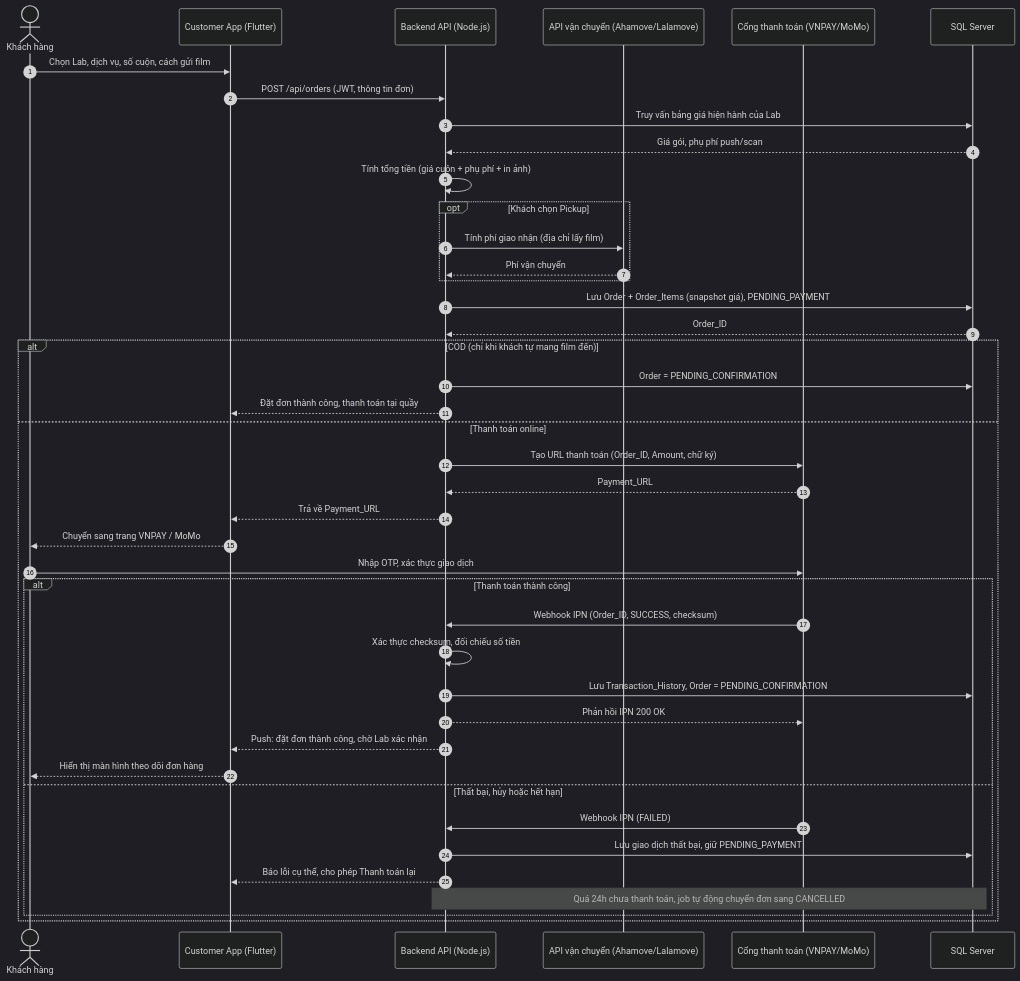
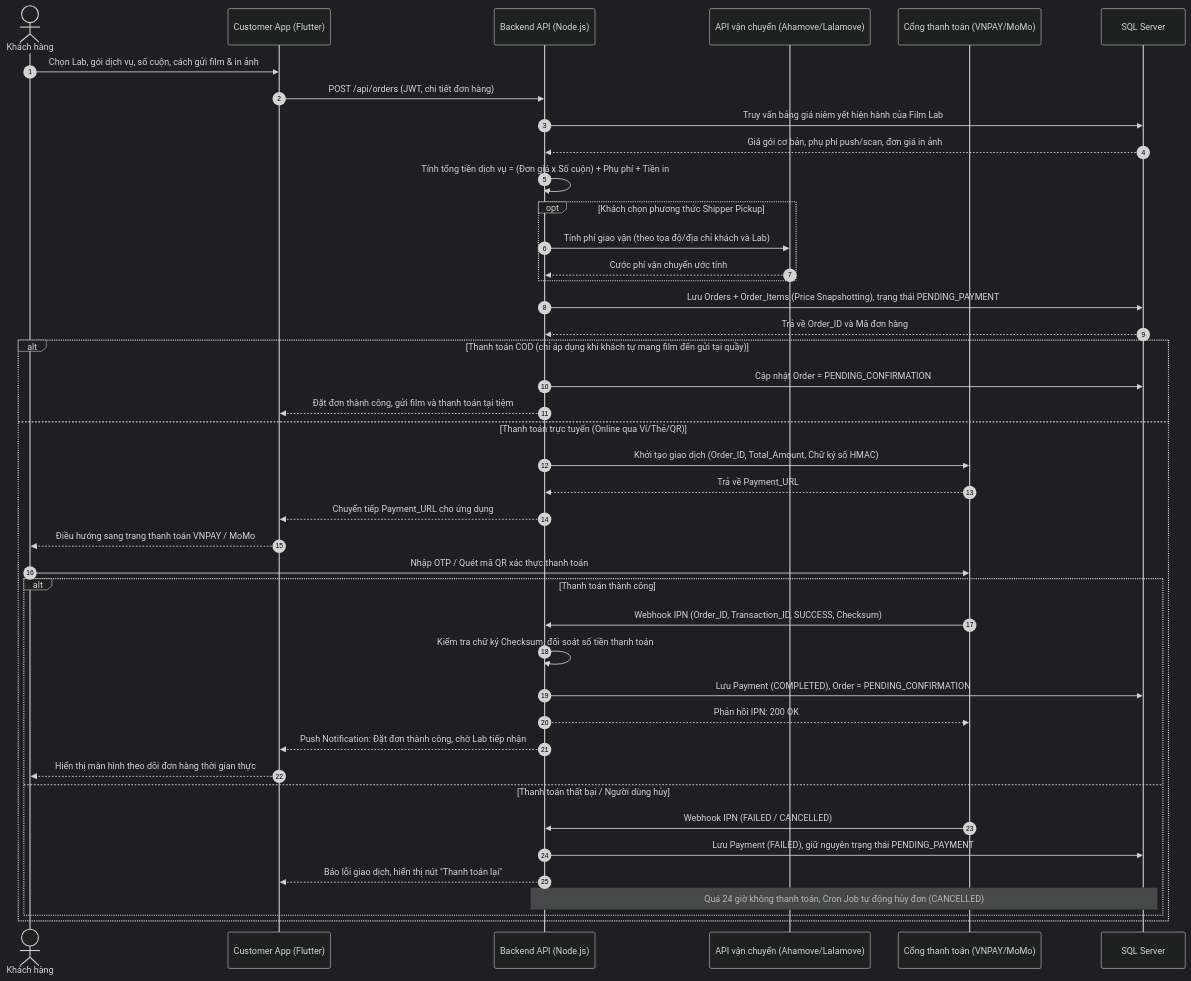
One commit to huylamnhat/Photographer-enthusiastic-environment changed the third of 5 diagrams in doc/week 2/week2-state-sequence.md. Above: the diagram before and after it, drawn with Mermaid (dark theme). The commit also changed other lines of this file and 3 other files, not shown here.

````diff
--- a/doc/week 2/week2-state-sequence.md
+++ b/doc/week 2/week2-state-sequence.md
@@ -95,45 +125,45 @@
 ```mermaid
 sequenceDiagram
     autonumber
     actor KH as Khách hàng
     participant APP as Customer App (Flutter)
     participant BE as Backend API (Node.js)
     participant SH as API vận chuyển (Ahamove/Lalamove)
     participant PG as Cổng thanh toán (VNPAY/MoMo)
     participant DB as SQL Server
 
-    KH->>APP: Chọn Lab, dịch vụ, số cuộn, cách gửi film
-    APP->>BE: POST /api/orders (JWT, thông tin đơn)
-    BE->>DB: Truy vấn bảng giá hiện hành của Lab
-    DB-->>BE: Giá gói, phụ phí push/scan
-    BE->>BE: Tính tổng tiền (giá cuộn + phụ phí + in ảnh)
-    opt Khách chọn Pickup
-        BE->>SH: Tính phí giao nhận (địa chỉ lấy film)
-        SH-->>BE: Phí vận chuyển
+    KH->>APP: Chọn Lab, gói dịch vụ, số cuộn, cách gửi film & in ảnh
+    APP->>BE: POST /api/orders (JWT, chi tiết đơn hàng)
+    BE->>DB: Truy vấn bảng giá niêm yết hiện hành của Film Lab
+    DB-->>BE: Giá gói cơ bản, phụ phí push/scan, đơn giá in ảnh
+    BE->>BE: Tính tổng tiền dịch vụ = (Đơn giá x Số cuộn) + Phụ phí + Tiền in
+    opt Khách chọn phương thức Shipper Pickup
+        BE->>SH: Tính phí giao vận (theo tọa độ/địa chỉ khách và Lab)
+        SH-->>BE: Cước phí vận chuyển ước tính
     end
-    BE->>DB: Lưu Order + Order_Items (snapshot giá), PENDING_PAYMENT
-    DB-->>BE: Order_ID
-    alt COD (chỉ khi khách tự mang film đến)
-        BE->>DB: Order = PENDING_CONFIRMATION
-        BE-->>APP: Đặt đơn thành công, thanh toán tại quầy
-    else Thanh toán online
-        BE->>PG: Tạo URL thanh toán (Order_ID, Amount, chữ ký)
-        PG-->>BE: Payment_URL
-        BE-->>APP: Trả về Payment_URL
-        APP-->>KH: Chuyển sang trang VNPAY / MoMo
-        KH->>PG: Nhập OTP, xác thực giao dịch
+    BE->>DB: Lưu Orders + Order_Items (Price Snapshotting), trạng thái PENDING_PAYMENT
+    DB-->>BE: Trả về Order_ID và Mã đơn hàng
+    alt Thanh toán COD (chỉ áp dụng khi khách tự mang film đến gửi tại quầy)
+        BE->>DB: Cập nhật Order = PENDING_CONFIRMATION
+        BE-->>APP: Đặt đơn thành công, gửi film và thanh toán tại tiệm
+    else Thanh toán trực tuyến (Online qua Ví/Thẻ/QR)
+        BE->>PG: Khởi tạo giao dịch (Order_ID, Total_Amount, Chữ ký số HMAC)
+        PG-->>BE: Trả về Payment_URL
+        BE-->>APP: Chuyển tiếp Payment_URL cho ứng dụng
+        APP-->>KH: Điều hướng sang trang thanh toán VNPAY / MoMo
+        KH->>PG: Nhập OTP / Quét mã QR xác thực thanh toán
         alt Thanh toán thành công
-            PG->>BE: Webhook IPN (Order_ID, SUCCESS, checksum)
-            BE->>BE: Xác thực checksum, đối chiếu số tiền
-            BE->>DB: Lưu Transaction_History, Order = PENDING_CONFIRMATION
-            BE-->>PG: Phản hồi IPN 200 OK
-            BE-->>APP: Push: đặt đơn thành công, chờ Lab xác nhận
-            APP-->>KH: Hiển thị màn hình theo dõi đơn hàng
-        else Thất bại, hủy hoặc hết hạn
-            PG->>BE: Webhook IPN (FAILED)
-            BE->>DB: Lưu giao dịch thất bại, giữ PENDING_PAYMENT
-            BE-->>APP: Báo lỗi cụ thể, cho phép Thanh toán lại
-            Note over BE,DB: Quá 24h chưa thanh toán, job tự động chuyển đơn sang CANCELLED
+            PG->>BE: Webhook IPN (Order_ID, Transaction_ID, SUCCESS, Checksum)
+            BE->>BE: Kiểm tra chữ ký Checksum, đối soát số tiền thanh toán
+            BE->>DB: Lưu Payment (COMPLETED), Order = PENDING_CONFIRMATION
+            BE-->>PG: Phản hồi IPN: 200 OK
+            BE-->>APP: Push Notification: Đặt đơn thành công, chờ Lab tiếp nhận
+            APP-->>KH: Hiển thị màn hình theo dõi đơn hàng thời gian thực
+        else Thanh toán thất bại / Người dùng hủy
+            PG->>BE: Webhook IPN (FAILED / CANCELLED)
+            BE->>DB: Lưu Payment (FAILED), giữ nguyên trạng thái PENDING_PAYMENT
+            BE-->>APP: Báo lỗi giao dịch, hiển thị nút "Thanh toán lại"
+            Note over BE,DB: Quá 24 giờ không thanh toán, Cron Job tự động hủy đơn (CANCELLED)
         end
     end
 ```
````
